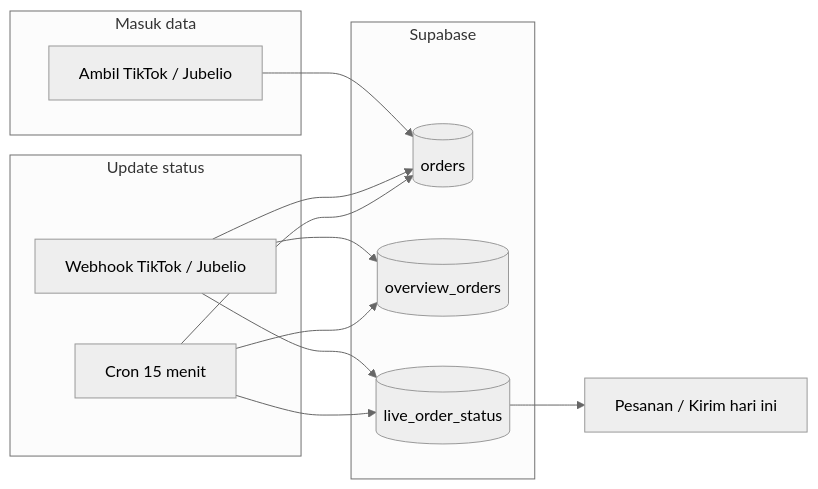
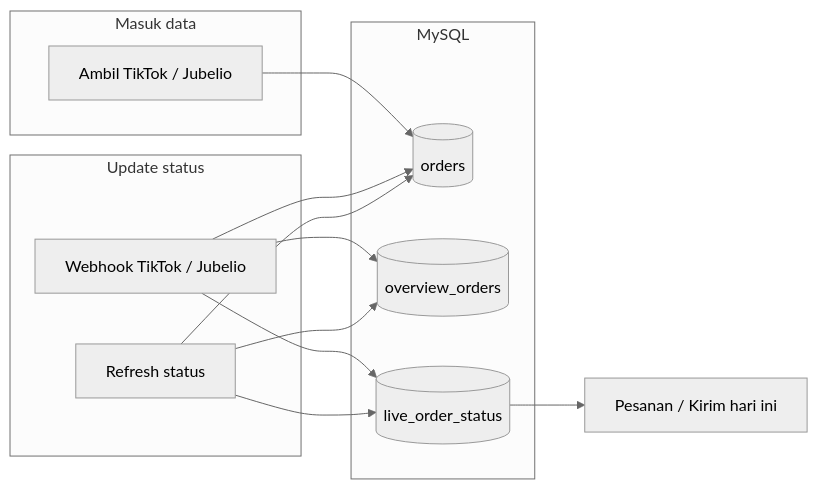
The second of 4 diagrams in README.md (itaeris/fulfillment-order), drawn with Mermaid (neutral theme) before and after one commit. The commit also changed other lines of this file and 1 other file, not shown here.

First line of the commit message:
refactor: update README and deployment workflow for MySQL integration

````diff
--- a/README.md
+++ b/README.md
@@ -49,26 +51,26 @@
 ```mermaid
 flowchart LR
   subgraph masuk [Masuk data]
     Sync[Ambil TikTok / Jubelio]
   end
 
   subgraph live [Update status]
     WH[Webhook TikTok / Jubelio]
-    Cron[Cron 15 menit]
+    Refresh[Refresh status]
   end
 
-  subgraph simpan [Supabase]
+  subgraph simpan [MySQL]
     Orders[(orders)]
     Overview[(overview_orders)]
     Live[(live_order_status)]
   end
 
   Sync --> Orders
   WH --> Orders
   WH --> Overview
   WH --> Live
-  Cron --> Orders
-  Cron --> Overview
-  Cron --> Live
+  Refresh --> Orders
+  Refresh --> Overview
+  Refresh --> Live
   Live --> UI[Pesanan / Kirim hari ini]
 ```
````
